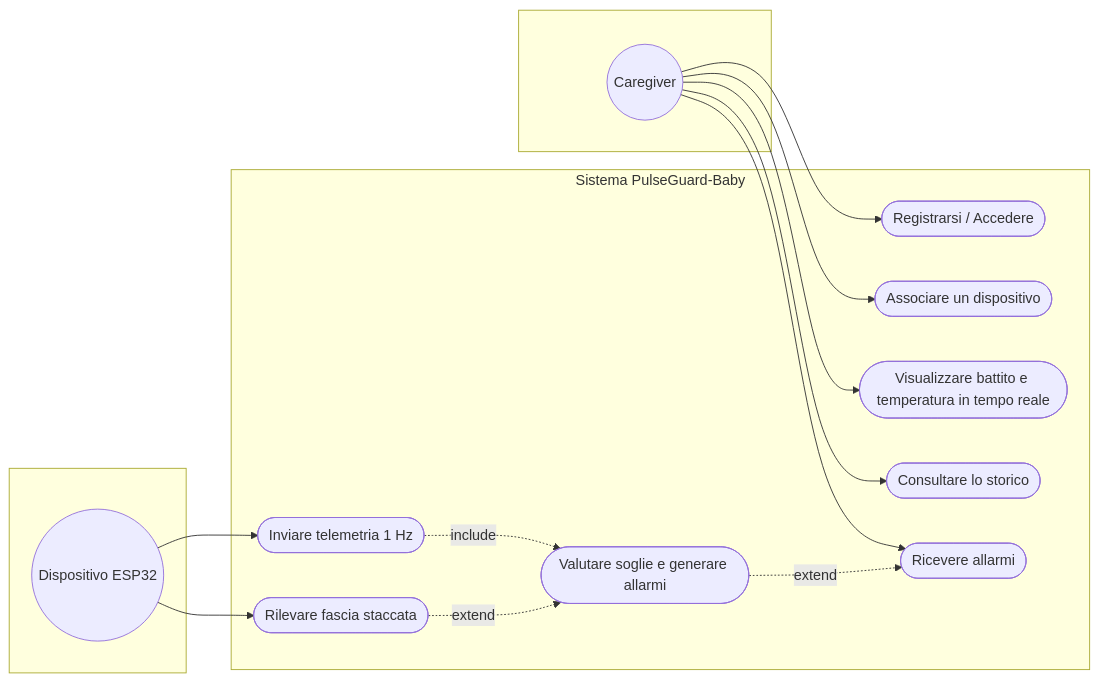
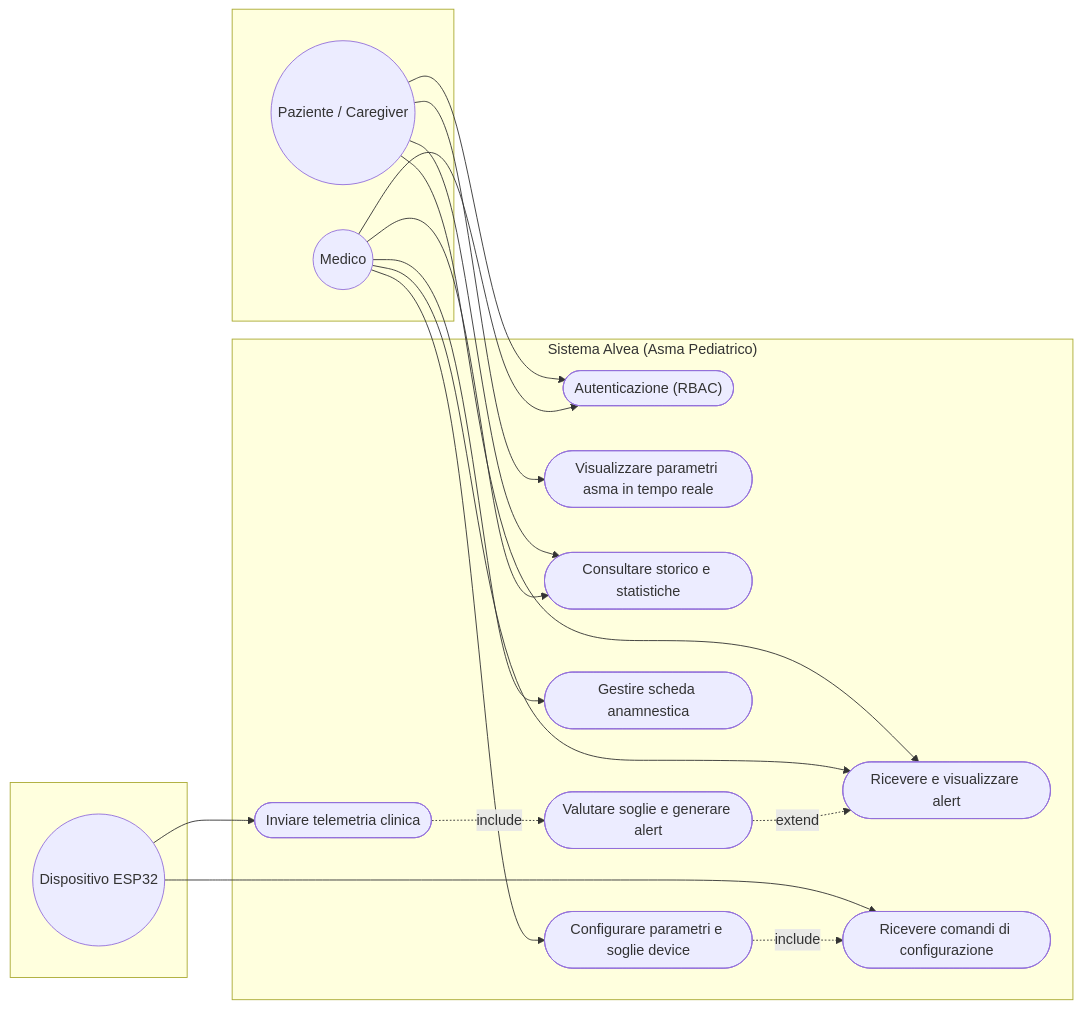
One commit to acrisci05/Alvea changed the diagram in docs/02-use-case.md. Above: the diagram before and after it, drawn with Mermaid. The commit also changed other lines of this file, not shown here.

````diff
--- a/docs/02-use-case.md
+++ b/docs/02-use-case.md
@@ -6,31 +5,41 @@
 ```mermaid
 flowchart LR
     subgraph attori_primari[" "]
-        CG((Caregiver))
+        PAZ((Paziente / Caregiver))
+        MED((Medico))
     end
-    subgraph Sistema["Sistema PulseGuard-Baby"]
-        UC1(["Registrarsi / Accedere"])
-        UC2(["Associare un dispositivo"])
-        UC3(["Visualizzare battito e temperatura in tempo reale"])
-        UC4(["Consultare lo storico"])
-        UC5(["Ricevere allarmi"])
-        UC6(["Inviare telemetria 1 Hz"])
-        UC7(["Valutare soglie e generare allarmi"])
-        UC8(["Rilevare fascia staccata"])
+    
+    subgraph Sistema["Sistema Alvea (Asma Pediatrico)"]
+        UC1(["Autenticazione (RBAC)"])
+        UC2(["Visualizzare parametri asma in tempo reale"])
+        UC3(["Ricevere e visualizzare alert"])
+        UC4(["Consultare storico e statistiche"])
+        UC5(["Configurare parametri e soglie device"])
+        UC6(["Gestire scheda anamnestica"])
+        UC7(["Inviare telemetria clinica"])
+        UC8(["Ricevere comandi di configurazione"])
+        UC9(["Valutare soglie e generare alert"])
     end
+    
     subgraph attori_secondari[" "]
         ESP((Dispositivo ESP32))
     end
 
-    CG --> UC1
-    CG --> UC2
-    CG --> UC3
-    CG --> UC4
-    CG --> UC5
+    PAZ --> UC1
+    PAZ --> UC2
+    PAZ --> UC3
+    PAZ --> UC4
 
-    ESP --> UC6
-    UC6 -. include .-> UC7
-    UC7 -. extend .-> UC5
-    UC8 -. extend .-> UC7
+    MED --> UC1
+    MED --> UC3
+    MED --> UC4
+    MED --> UC5
+    MED --> UC6
+
+    ESP --> UC7
     ESP --> UC8
+
+    UC7 -. include .-> UC9
+    UC9 -. extend .-> UC3
+    UC5 -. include .-> UC8
 ```
````
